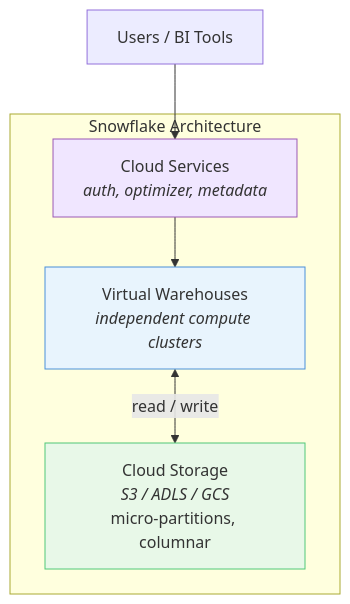
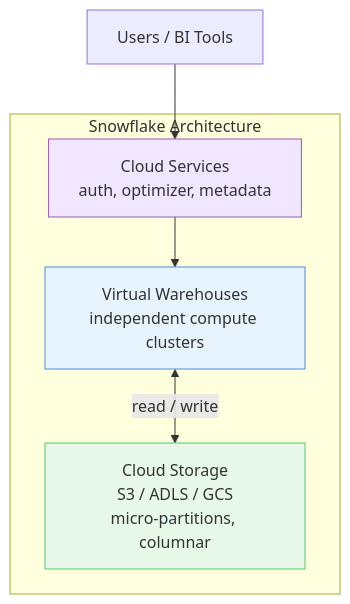
Before and after one commit to adnanrahin/adnanrahin.github.io: diagram 23 of 23 in data-architecture/data-warehouse.md, drawn with Mermaid. The commit also changed other lines of this file and 3 other files, not shown here.

Commit message:
updated the flowchart

````diff
--- a/data-architecture/data-warehouse.md
+++ b/data-architecture/data-warehouse.md
@@ -998,16 +992,16 @@
 ```mermaid
 flowchart TD
     subgraph SF["Snowflake Architecture"]
-        STORAGE["Cloud Storage<br/><i>S3 / ADLS / GCS</i><br/>micro-partitions, columnar"]
-        COMPUTE["Virtual Warehouses<br/><i>independent compute clusters</i>"]
-        SERVICES["Cloud Services<br/><i>auth, optimizer, metadata</i>"]
+        STORAGE["Cloud Storage<br/>S3 / ADLS / GCS<br/>micro-partitions, columnar"]
+        COMPUTE["Virtual Warehouses<br/>independent compute clusters"]
+        SERVICES["Cloud Services<br/>auth, optimizer, metadata"]
     end
 
     USERS["Users / BI Tools"] --> SERVICES
     SERVICES --> COMPUTE
     COMPUTE <-->|"read / write"| STORAGE
 
     style STORAGE fill:#E8F8E8,stroke:#50C878
     style COMPUTE fill:#E8F4FD,stroke:#4A90D9
     style SERVICES fill:#F0E6FF,stroke:#9B59B6
 ```
````
